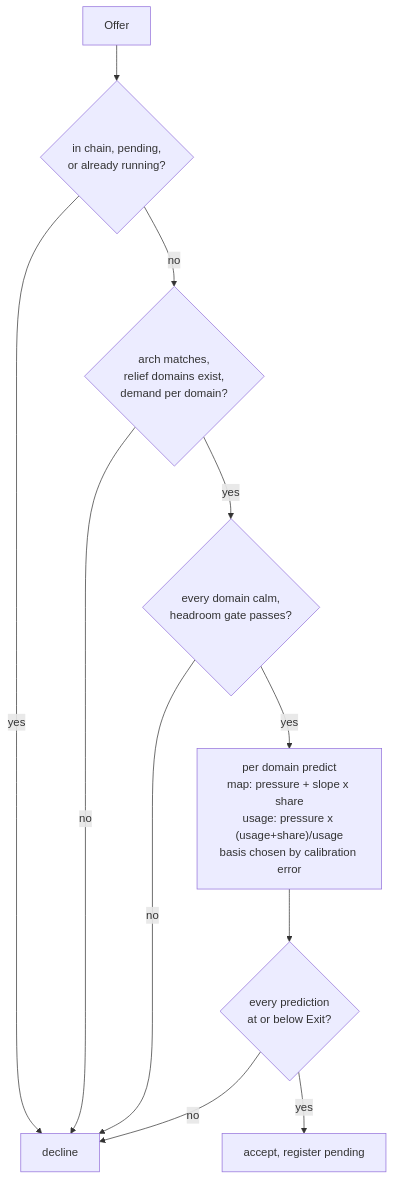
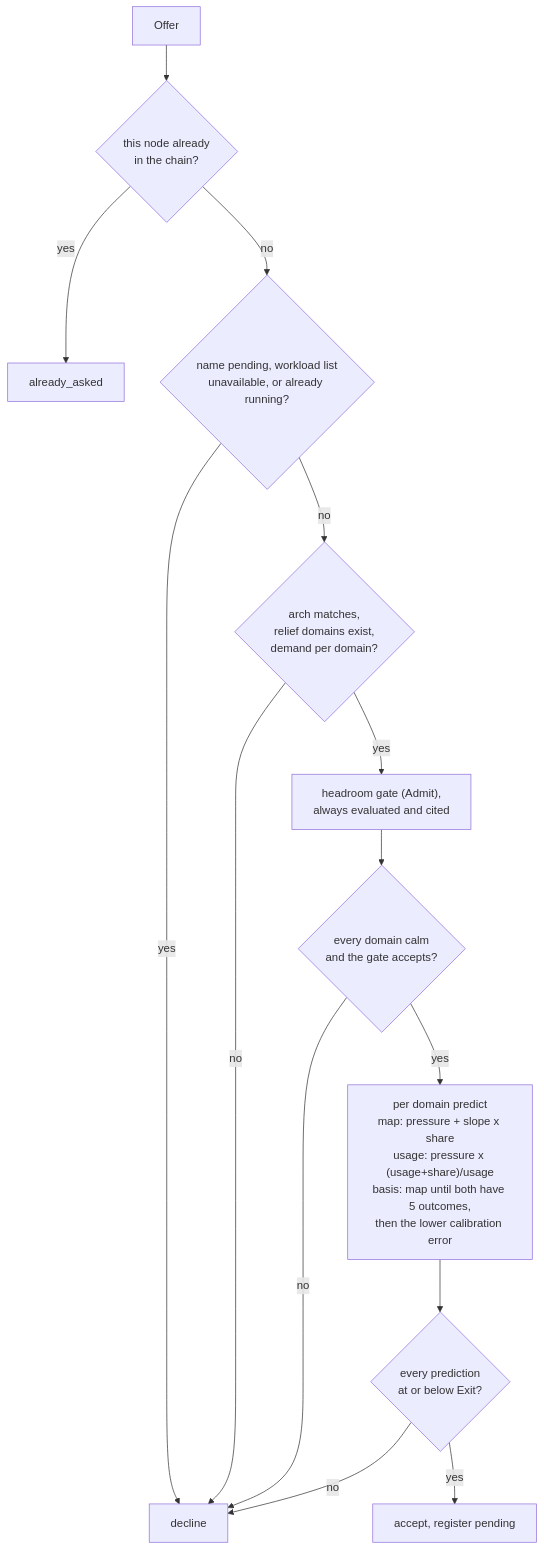
One commit to DiyazY/di-agent changed diagram 11 of 21 in docs/architecture-diagrams.md. Above: the diagram before and after it, drawn with Mermaid. The commit also changed other lines of this file and 10 other files, not shown here.

First line of the commit message:
docs: correct diagrams and contract counts from PR review

````diff
--- a/docs/architecture-diagrams.md
+++ b/docs/architecture-diagrams.md
@@ -378,13 +393,16 @@
 ```mermaid
 flowchart TB
-    o[Offer] --> g1{"in chain, pending,<br/>or already running?"}
+    o[Offer] --> g0{"this node already<br/>in the chain?"}
+    g0 -->|yes| asked[already_asked]
+    g0 -->|no| g1{"name pending, workload list<br/>unavailable, or already running?"}
     g1 -->|yes| dec[decline]
     g1 -->|no| g2{"arch matches,<br/>relief domains exist,<br/>demand per domain?"}
     g2 -->|no| dec
-    g2 -->|yes| g3{"every domain calm,<br/>headroom gate passes?"}
+    g2 -->|yes| gate["headroom gate (Admit),<br/>always evaluated and cited"]
+    gate --> g3{"every domain calm<br/>and the gate accepts?"}
     g3 -->|no| dec
-    g3 -->|yes| p["per domain predict<br/>map: pressure + slope x share<br/>usage: pressure x (usage+share)/usage<br/>basis chosen by calibration error"]
+    g3 -->|yes| p["per domain predict<br/>map: pressure + slope x share<br/>usage: pressure x (usage+share)/usage<br/>basis: map until both have 5 outcomes,<br/>then the lower calibration error"]
     p --> g4{"every prediction<br/>at or below Exit?"}
     g4 -->|no| dec
     g4 -->|yes| acc[accept, register pending]
 ```
````
